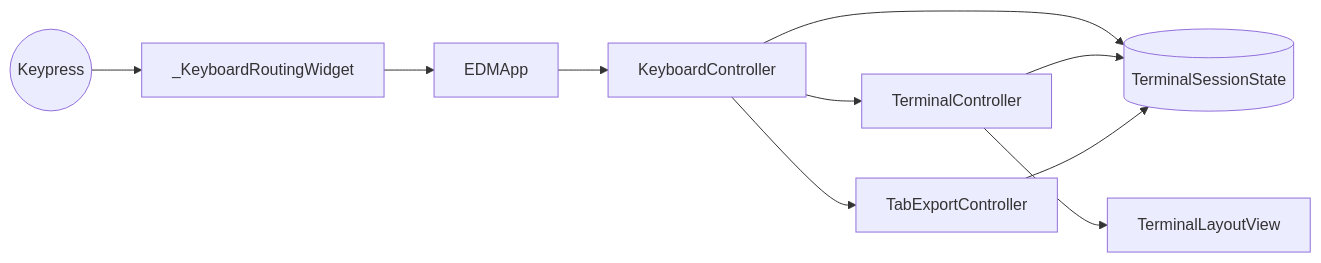
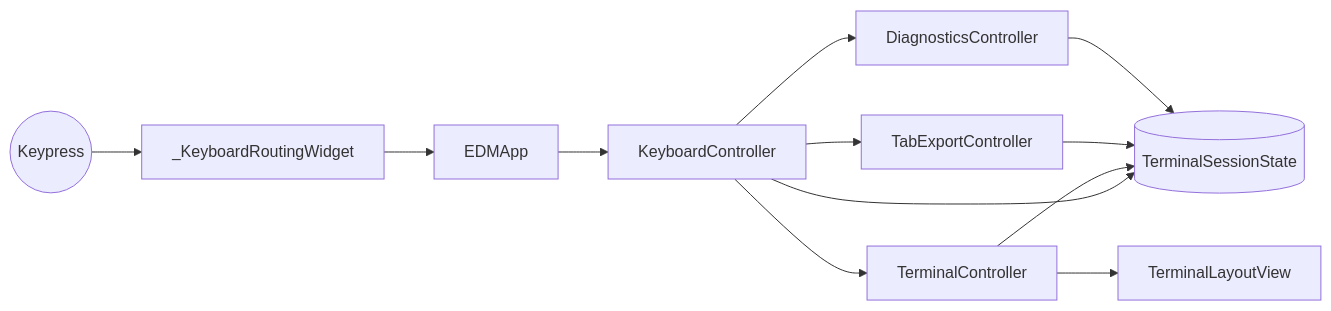
Before and after one commit to arabnejad/edm: the third of 5 diagrams in DEVELOPMENT_GUIDE.md, drawn with Mermaid. The commit also changed other lines of this file and 23 other files, not shown here.

````diff
--- a/DEVELOPMENT_GUIDE.md
+++ b/DEVELOPMENT_GUIDE.md
@@ -255,19 +265,22 @@
 ```mermaid
 flowchart LR
     Key((Keypress))
     Root[_KeyboardRoutingWidget]
     App[EDMApp]
     Keyboard[KeyboardController]
     UI[TerminalController]
     Export[TabExportController]
+    Diagnostics[DiagnosticsController]
     State[(TerminalSessionState)]
     View[TerminalLayoutView]
 
     Key --> Root --> App --> Keyboard
     Keyboard --> State
     Keyboard --> UI
     Keyboard --> Export
+    Keyboard --> Diagnostics
     UI --> State
     Export --> State
+    Diagnostics --> State
     UI --> View
 ```
````
